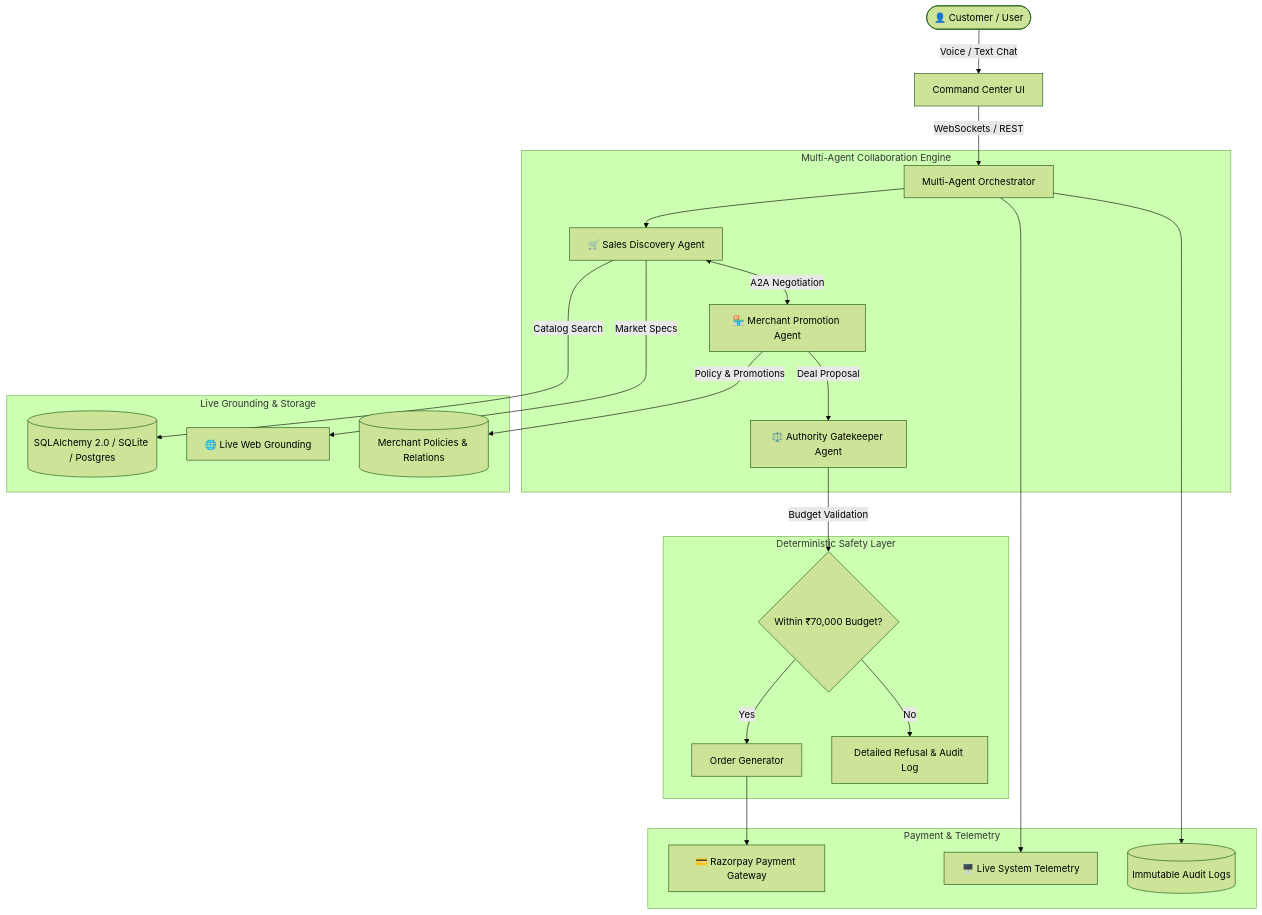
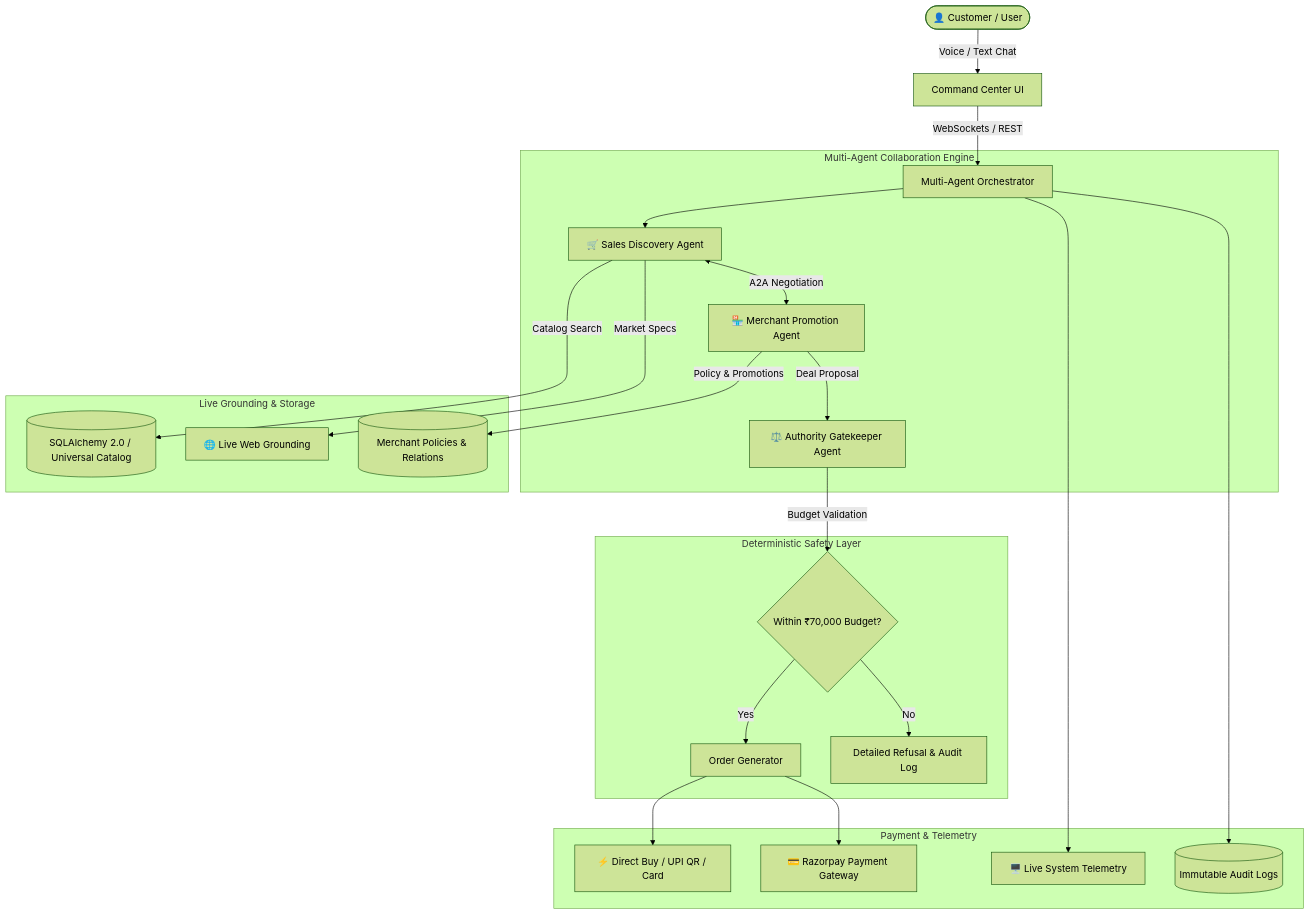
The diagram in README.md (kingping77777/Agentpay), drawn with Mermaid (forest theme) before and after one commit. The commit also changed other lines of this file, not shown here.

Commit message:
docs: update README with direct buy flow, complete tech stack, and comprehensive quickstart

````diff
--- a/README.md
+++ b/README.md
@@ -41,29 +49,30 @@
 ```mermaid
 flowchart TD
     User([👤 Customer / User]) -->|Voice / Text Chat| CommandCenter[Command Center UI]
     CommandCenter -->|WebSockets / REST| Orchestrator[Multi-Agent Orchestrator]
 
     subgraph Multi-Agent Collaboration Engine
         Orchestrator --> SalesAgent[🛒 Sales Discovery Agent]
         SalesAgent <-->|A2A Negotiation| MerchantAgent[🏪 Merchant Promotion Agent]
         MerchantAgent -->|Deal Proposal| AuthorityAgent[⚖️ Authority Gatekeeper Agent]
     end
 
     subgraph Live Grounding & Storage
-        SalesAgent -->|Catalog Search| LocalDB[(SQLAlchemy 2.0 / SQLite / Postgres)]
+        SalesAgent -->|Catalog Search| LocalDB[(SQLAlchemy 2.0 / Universal Catalog)]
         SalesAgent -->|Market Specs| WebSearch[🌐 Live Web Grounding]
         MerchantAgent -->|Policy & Promotions| PolicyDB[(Merchant Policies & Relations)]
     end
 
     subgraph Deterministic Safety Layer
         AuthorityAgent -->|Budget Validation| BudgetCheck{Within ₹70,000 Budget?}
         BudgetCheck -->|Yes| OrderService[Order Generator]
         BudgetCheck -->|No| RejectFeedback[Detailed Refusal & Audit Log]
     end
 
     subgraph Payment & Telemetry
+        OrderService --> DirectBuy[⚡ Direct Buy / UPI QR / Card]
         OrderService --> Razorpay[💳 Razorpay Payment Gateway]
         Orchestrator --> Telemetry[🖥️ Live System Telemetry]
         Orchestrator --> AuditTrail[(Immutable Audit Logs)]
     end
 ```
````
